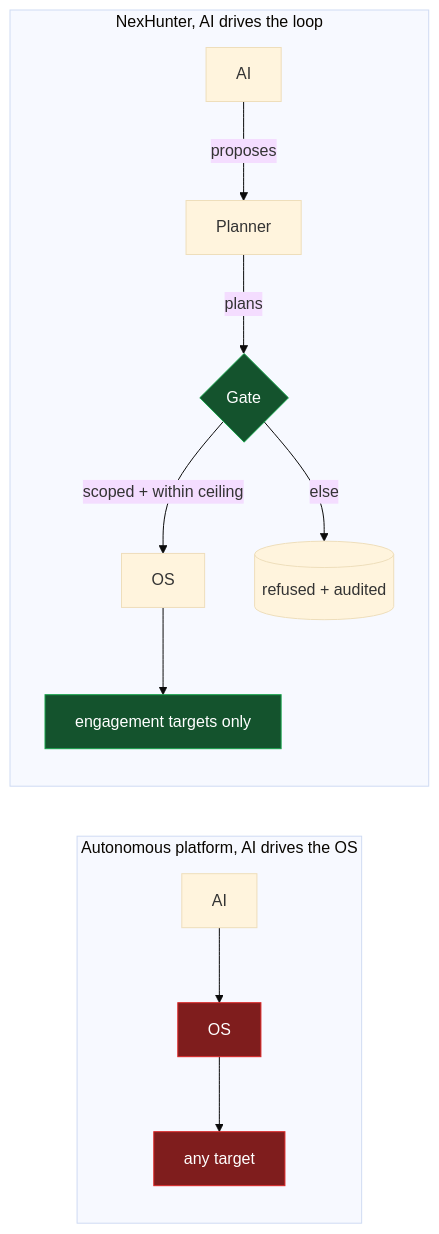
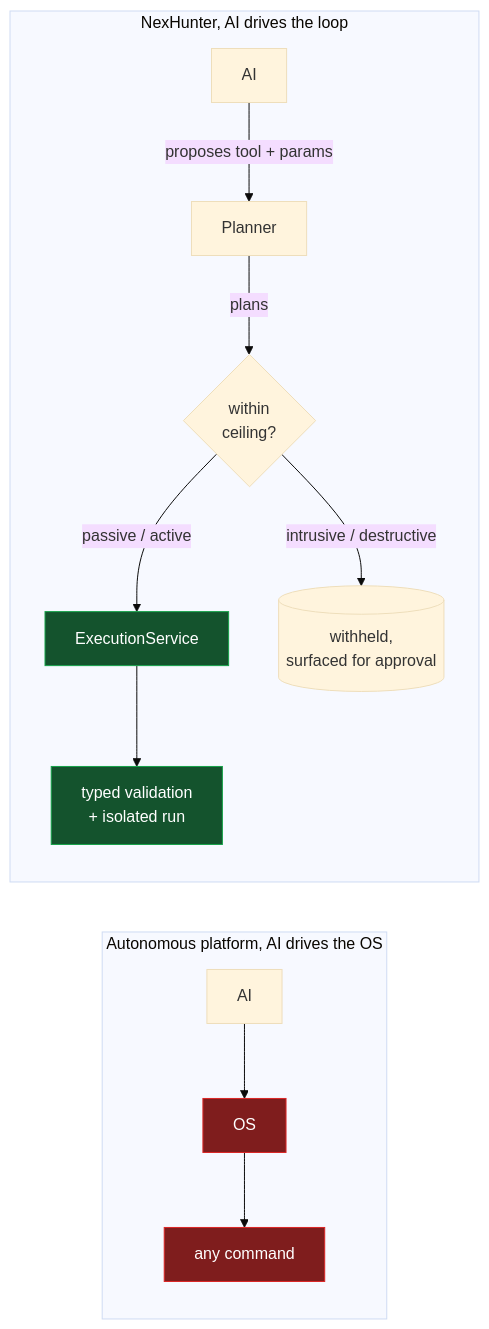
The third of 3 diagrams in docs/how-it-works.md (Arseno25/nexhunter), drawn with Mermaid (base theme) before and after one commit. The commit also changed other lines of this file and 56 other files, not shown here.

````diff
--- a/docs/how-it-works.md
+++ b/docs/how-it-works.md
@@ -122,15 +159,15 @@
 ```mermaid
 flowchart LR
     subgraph unsafe [Autonomous platform, AI drives the OS]
-        U1[AI] --> U2[OS] --> U3[any target]
+        U1[AI] --> U2[OS] --> U3[any command]
     end
     subgraph nex [NexHunter, AI drives the loop]
-        N1[AI] -->|proposes| N2[Planner] -->|plans| N3{Gate}
-        N3 -->|scoped + within ceiling| N4[OS] --> N5[engagement targets only]
-        N3 -->|else| N6[(refused + audited)]
+        N1[AI] -->|proposes tool + params| N2[Planner] -->|plans| N3{within<br/>ceiling?}
+        N3 -->|passive / active| N4[ExecutionService] --> N5[typed validation<br/>+ isolated run]
+        N3 -->|intrusive / destructive| N6[(withheld,<br/>surfaced for approval)]
     end
     classDef bad fill:#7f1d1d,stroke:#dc2626,color:#fff
     classDef ok fill:#14532d,stroke:#16a34a,color:#fff
     class U2,U3 bad
-    class N3,N5 ok
+    class N4,N5 ok
 ```
````
